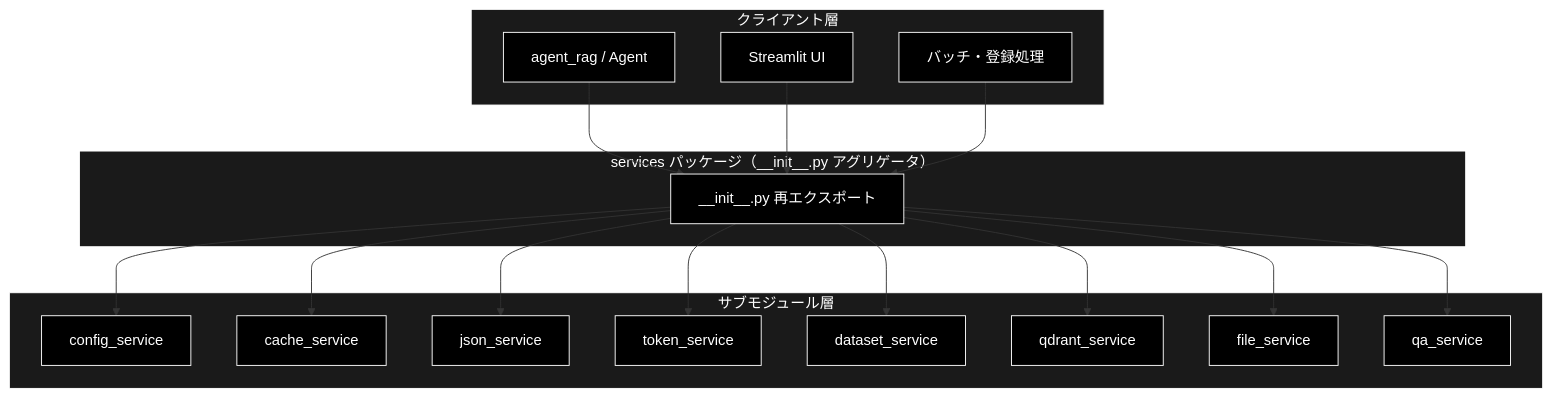
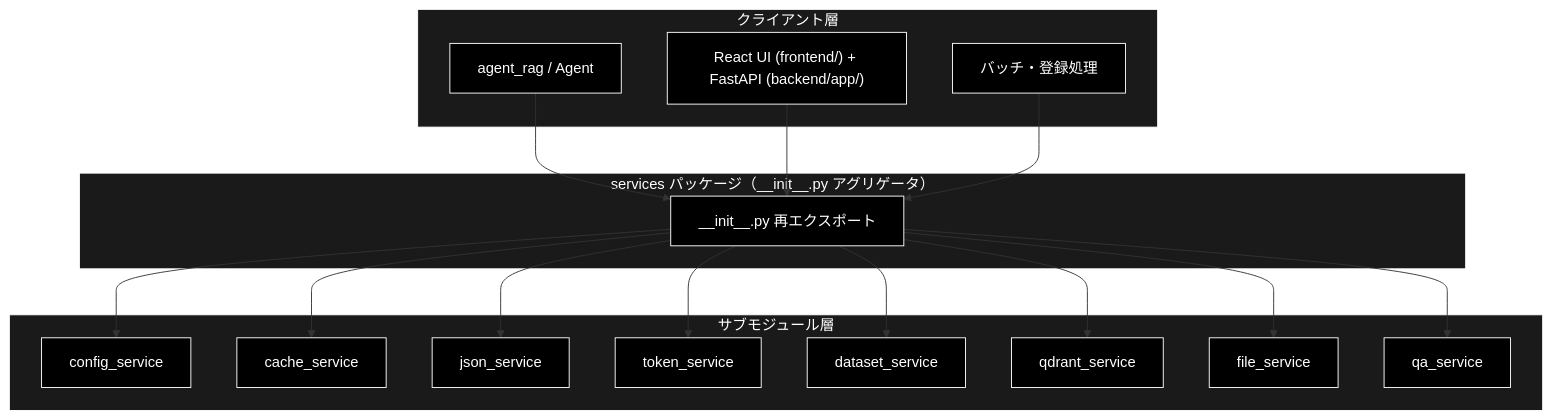
Before and after one commit to nakashima2toshio/grace_v2: the first of 3 diagrams in services/docs/__init__.md, drawn with Mermaid. The commit also changed other lines of this file and 12 other files, not shown here.

````diff
--- a/services/docs/__init__.md
+++ b/services/docs/__init__.md
@@ -66,41 +66,41 @@
 ```mermaid
 flowchart TB
     subgraph CLIENT["クライアント層"]
         AGENT["agent_rag / Agent"]
-        UI["Streamlit UI"]
+        UI["React UI (frontend/) + FastAPI (backend/app/)"]
         SCRIPT["バッチ・登録処理"]
     end
 
     subgraph PACKAGE["services パッケージ（__init__.py アグリゲータ）"]
         INIT["__init__.py 再エクスポート"]
     end
 
     subgraph SUBMODULE["サブモジュール層"]
         CONFIG["config_service"]
         CACHE["cache_service"]
         JSONS["json_service"]
         TOKEN["token_service"]
         DATASET["dataset_service"]
         QDRANTS["qdrant_service"]
         FILES["file_service"]
         QAS["qa_service"]
     end
 
     AGENT --> INIT
     UI --> INIT
     SCRIPT --> INIT
     INIT --> CONFIG
     INIT --> CACHE
     INIT --> JSONS
     INIT --> TOKEN
     INIT --> DATASET
     INIT --> QDRANTS
     INIT --> FILES
     INIT --> QAS
 classDef default fill:#000,stroke:#fff,color:#fff
 classDef subgraphStyle fill:#1a1a1a,stroke:#fff,color:#fff
 class AGENT,UI,SCRIPT,INIT,CONFIG,CACHE,JSONS,TOKEN,DATASET,QDRANTS,FILES,QAS default
 style CLIENT fill:#1a1a1a,stroke:#fff,color:#fff
 style PACKAGE fill:#1a1a1a,stroke:#fff,color:#fff
 style SUBMODULE fill:#1a1a1a,stroke:#fff,color:#fff
 ```
````
